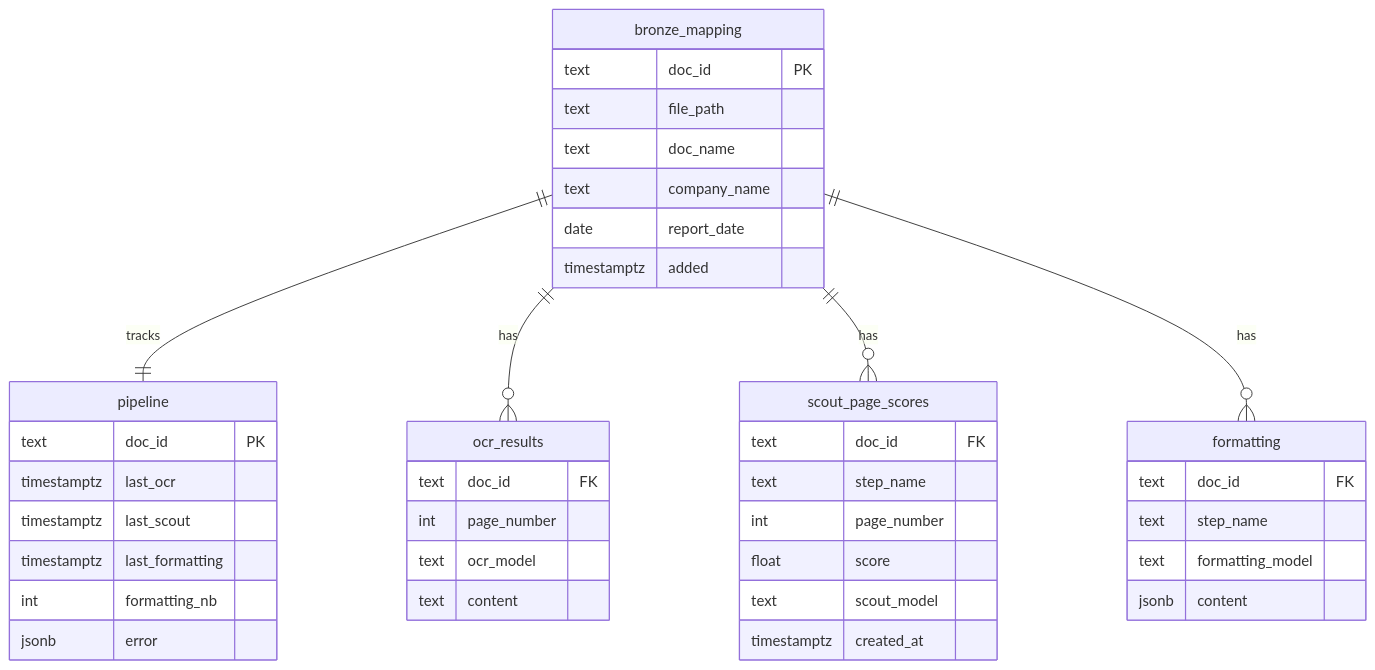
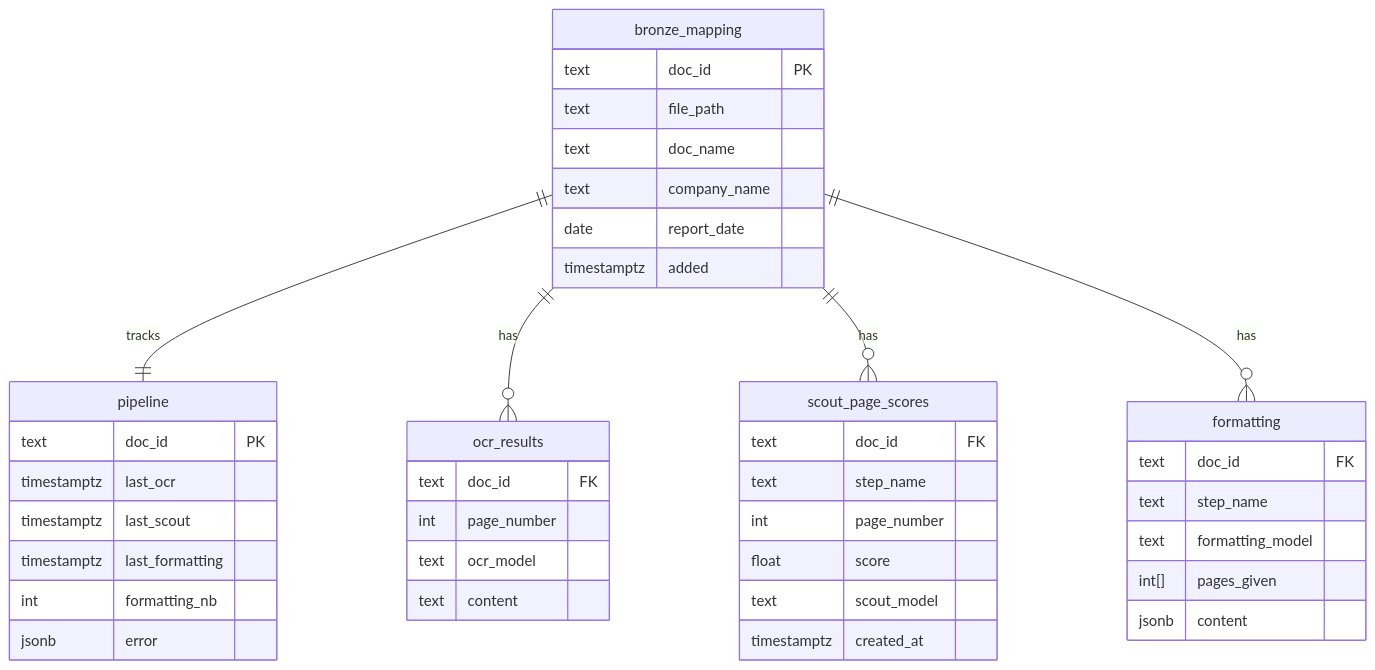
Before and after one commit to ArthurrMrv/research_ocr_pipeline: the seventh of 8 diagrams in README.md, drawn with Mermaid. The commit also changed other lines of this file and 21 other files, not shown here.

````diff
--- a/README.md
+++ b/README.md
@@ -187,44 +187,45 @@
 ```mermaid
 erDiagram
     bronze_mapping {
         text doc_id PK
         text file_path
         text doc_name
         text company_name
         date report_date
         timestamptz added
     }
     pipeline {
         text doc_id PK
         timestamptz last_ocr
         timestamptz last_scout
         timestamptz last_formatting
         int formatting_nb
         jsonb error
     }
     ocr_results {
         text doc_id FK
         int page_number
         text ocr_model
         text content
     }
     scout_page_scores {
         text doc_id FK
         text step_name
         int page_number
         float score
         text scout_model
         timestamptz created_at
     }
     formatting {
         text doc_id FK
         text step_name
         text formatting_model
+        int[] pages_given
         jsonb content
     }
 
     bronze_mapping ||--|| pipeline : "tracks"
     bronze_mapping ||--o{ ocr_results : "has"
     bronze_mapping ||--o{ scout_page_scores : "has"
     bronze_mapping ||--o{ formatting : "has"
 ```
````
